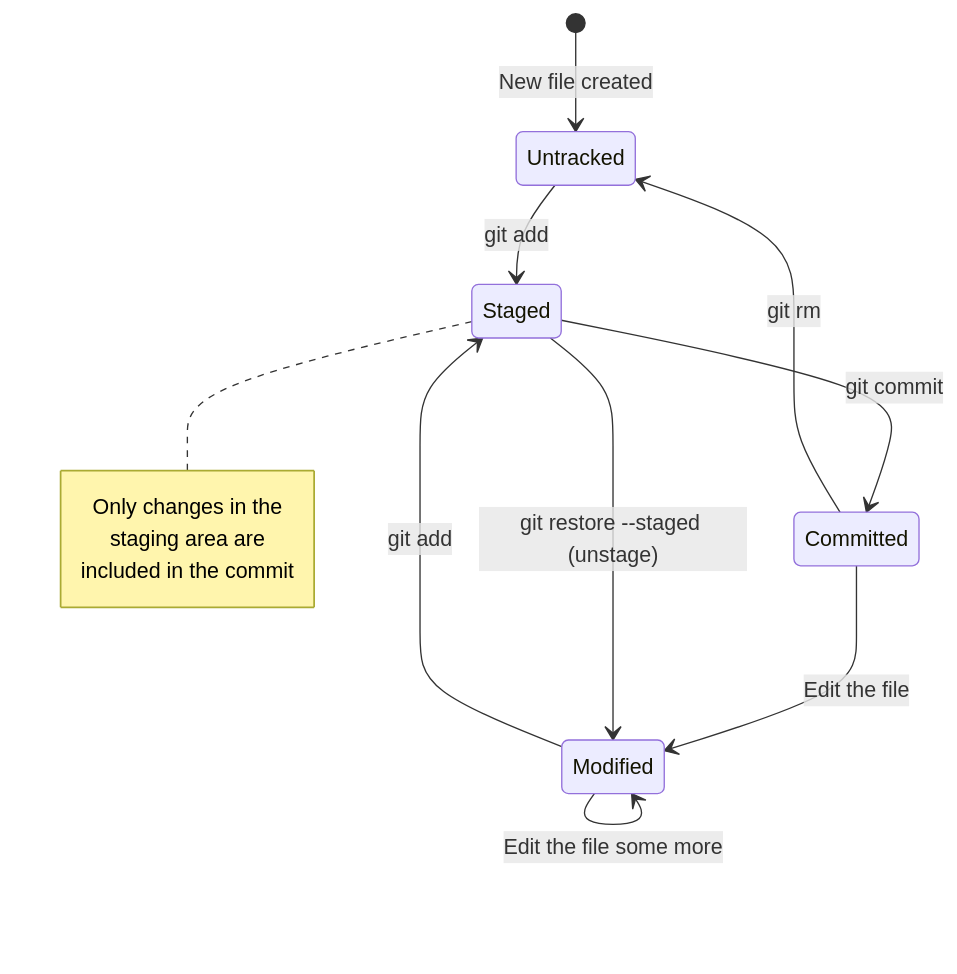
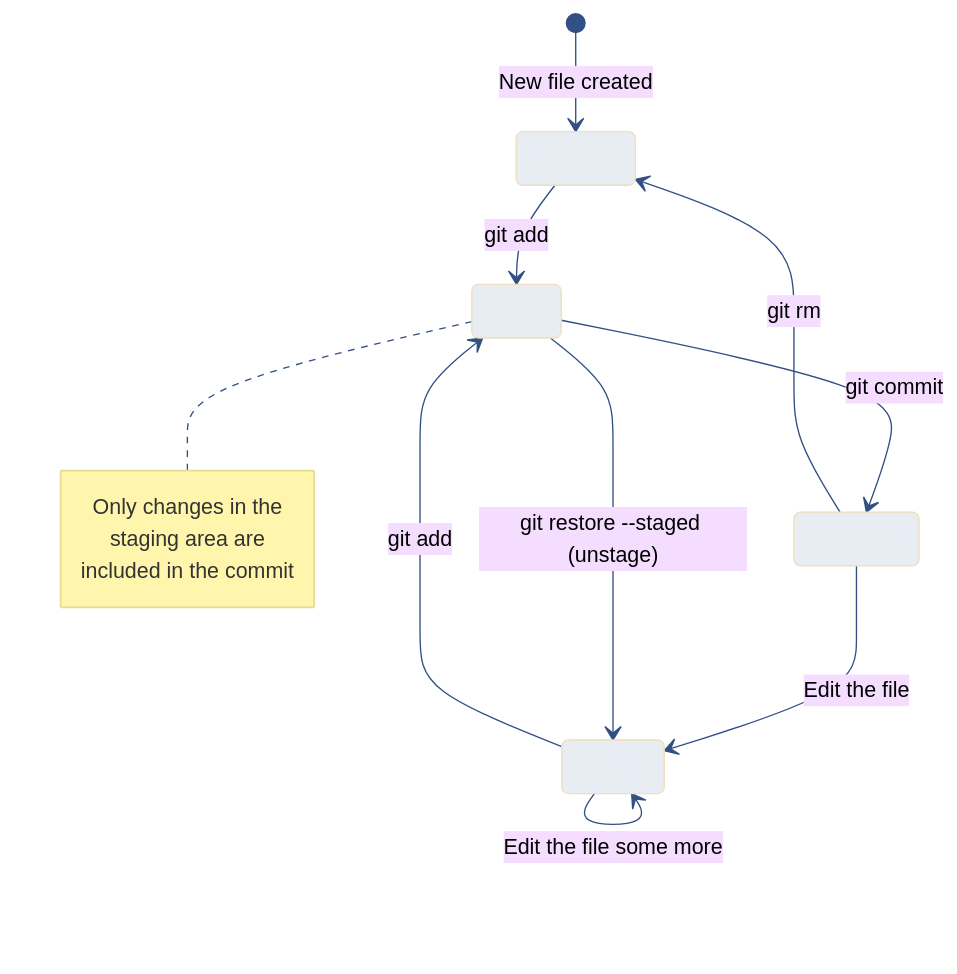
Before and after one commit to Ch3w3y/docker_gcp: the second of 6 diagrams in docs/git-fundamentals.md, drawn with Mermaid. The commit also changed 1 other file, not shown here.

Commit message:
fix(a11y): add init theming to timeline and stateDiagram-v2
These chart types are unaffected by element-level CSS. Per-diagram %%{init}%%
blocks apply brand colours and enforce black text for accessible contrast.

````diff
--- a/docs/git-fundamentals.md
+++ b/docs/git-fundamentals.md
@@ -71,20 +71,27 @@
 ```mermaid
+%%{init: {'theme': 'base', 'themeVariables': {
+  'stateBkg': '#e8edf4',
+  'stateBorder': '#325083',
+  'fontFamily': 'Inter, sans-serif',
+  'primaryTextColor': '#000000',
+  'lineColor': '#325083'
+}}}%%
 stateDiagram-v2
     [*] --> Untracked: New file created
 
     Untracked --> Staged: git add
     Modified --> Staged: git add
     Staged --> Committed: git commit
 
     Committed --> Modified: Edit the file
     Staged --> Modified: git restore --staged (unstage)
     Modified --> Modified: Edit the file some more
 
     Committed --> Untracked: git rm
 
     note right of Staged
         Only changes in the
         staging area are
         included in the commit
     end note
 ```
````
